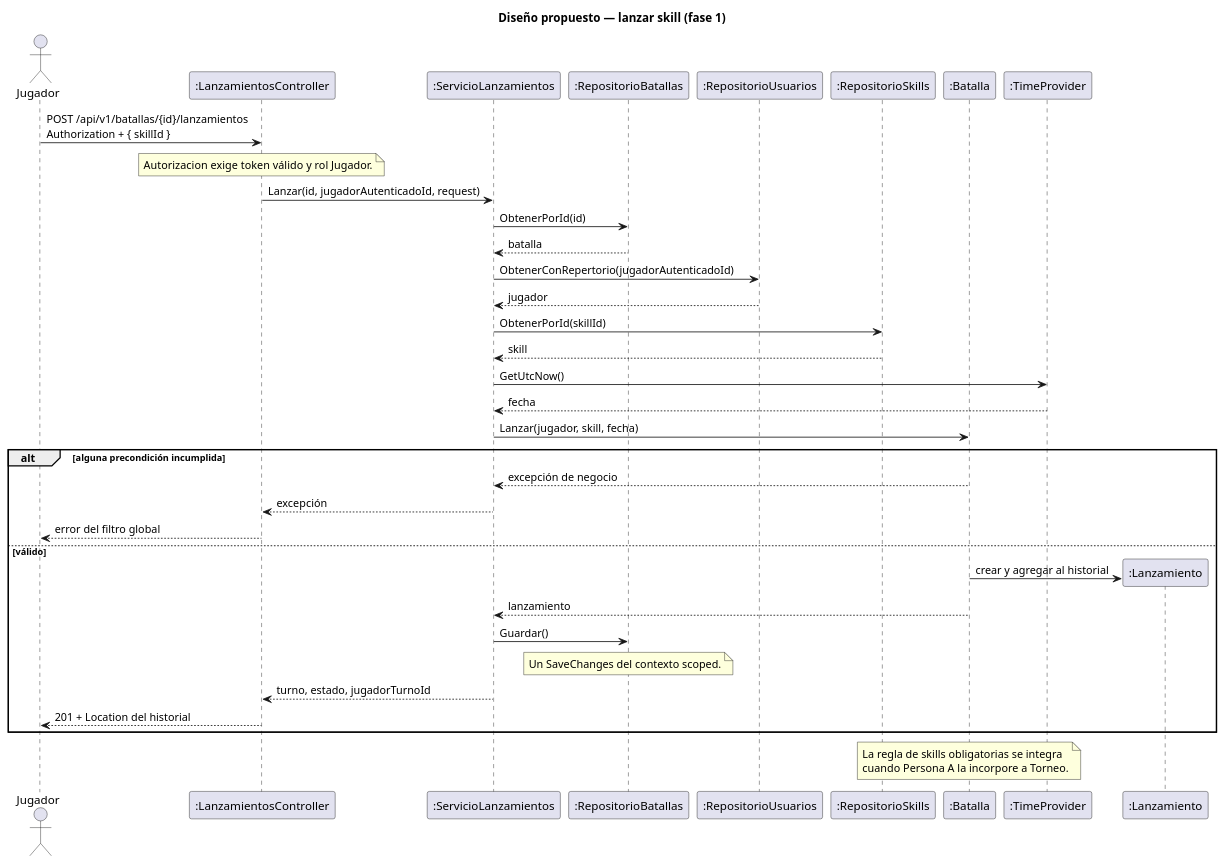
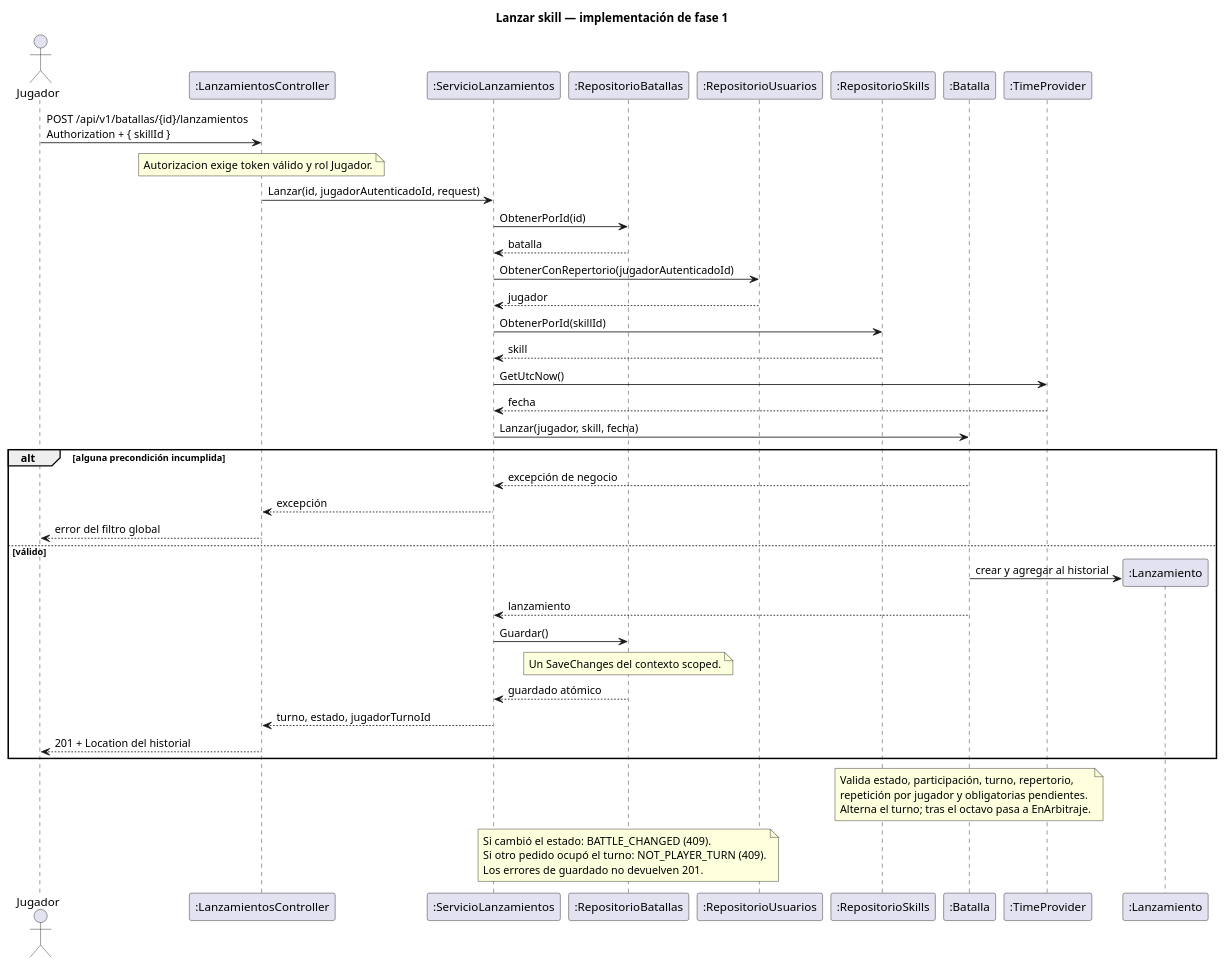
One commit to Seba0512/FarmeORT changed the diagram in docs/uml/lanzar-skill.puml. Above: the diagram before and after it, drawn with PlantUML. The commit also changed 4 other files, not shown here.

```diff
--- a/docs/uml/lanzar-skill.puml
+++ b/docs/uml/lanzar-skill.puml
@@ -1,40 +1,47 @@
 @startuml
-title Diseño propuesto — lanzar skill (fase 1)
+title Lanzar skill — implementación de fase 1
 actor Jugador
 participant ":LanzamientosController" as C
 participant ":ServicioLanzamientos" as S
 participant ":RepositorioBatallas" as R
 participant ":RepositorioUsuarios" as U
 participant ":RepositorioSkills" as K
 participant ":Batalla" as B
 participant ":TimeProvider" as T
 Jugador -> C : POST /api/v1/batallas/{id}/lanzamientos\nAuthorization + { skillId }
 note over C : Autorizacion exige token válido y rol Jugador.
 C -> S : Lanzar(id, jugadorAutenticadoId, request)
 S -> R : ObtenerPorId(id)
 R --> S : batalla
 S -> U : ObtenerConRepertorio(jugadorAutenticadoId)
 U --> S : jugador
 S -> K : ObtenerPorId(skillId)
 K --> S : skill
 S -> T : GetUtcNow()
 T --> S : fecha
 S -> B : Lanzar(jugador, skill, fecha)
 alt alguna precondición incumplida
   B --> S : excepción de negocio
   S --> C : excepción
   C --> Jugador : error del filtro global
 else válido
   create participant ":Lanzamiento" as L
   B -> L : crear y agregar al historial
   B --> S : lanzamiento
   S -> R : Guardar()
   note over R : Un SaveChanges del contexto scoped.
+  R --> S : guardado atómico
   S --> C : turno, estado, jugadorTurnoId
   C --> Jugador : 201 + Location del historial
 end
 note over B
-  La regla de skills obligatorias se integra
-  cuando Persona A la incorpore a Torneo.
+  Valida estado, participación, turno, repertorio,
+  repetición por jugador y obligatorias pendientes.
+  Alterna el turno; tras el octavo pasa a EnArbitraje.
+end note
+note over R
+  Si cambió el estado: BATTLE_CHANGED (409).
+  Si otro pedido ocupó el turno: NOT_PLAYER_TURN (409).
+  Los errores de guardado no devuelven 201.
 end note
 @enduml
```
